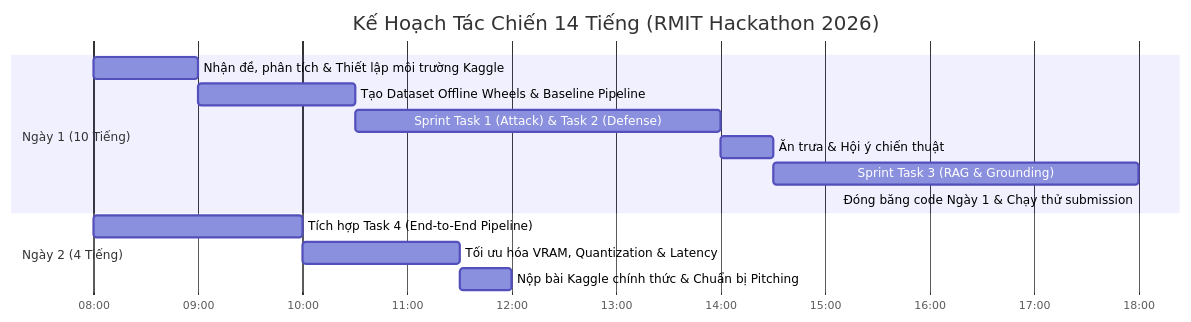
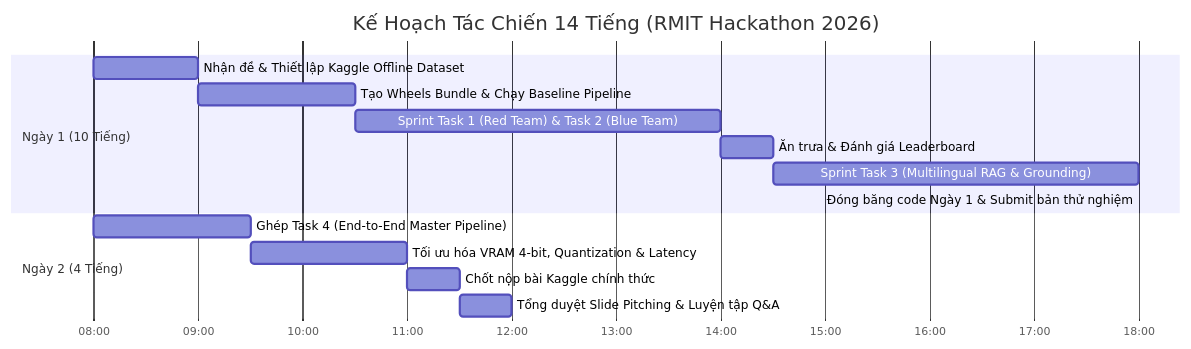
One commit to 161seconds/revision-document changed the third of 3 diagrams in hackathon-rmit-2026/README.md. Above: the diagram before and after it, drawn with Mermaid. The commit also changed other lines of this file and 1 other file, not shown here.

````diff
--- a/hackathon-rmit-2026/README.md
+++ b/hackathon-rmit-2026/README.md
@@ -124,19 +158,20 @@
 ```mermaid
 gantt
     title Kế Hoạch Tác Chiến 14 Tiếng (RMIT Hackathon 2026)
     dateFormat HH:mm
     axisFormat %H:%M
 
     section Ngày 1 (10 Tiếng)
-    Nhận đề, phân tích & Thiết lập môi trường Kaggle :08:00, 1h
-    Tạo Dataset Offline Wheels & Baseline Pipeline :09:00, 1.5h
-    Sprint Task 1 (Attack) & Task 2 (Defense) :10:30, 3.5h
-    Ăn trưa & Hội ý chiến thuật :14:00, 0.5h
-    Sprint Task 3 (RAG & Grounding) :14:30, 3.5h
-    Đóng băng code Ngày 1 & Chạy thử submission :18:00, 0h
+    Nhận đề & Thiết lập Kaggle Offline Dataset :08:00, 1h
+    Tạo Wheels Bundle & Chạy Baseline Pipeline :09:00, 1.5h
+    Sprint Task 1 (Red Team) & Task 2 (Blue Team) :10:30, 3.5h
+    Ăn trưa & Đánh giá Leaderboard :14:00, 0.5h
+    Sprint Task 3 (Multilingual RAG & Grounding) :14:30, 3.5h
+    Đóng băng code Ngày 1 & Submit bản thử nghiệm :18:00, 0h
 
     section Ngày 2 (4 Tiếng)
-    Tích hợp Task 4 (End-to-End Pipeline) :08:00, 2h
-    Tối ưu hóa VRAM, Quantization & Latency :10:00, 1.5h
-    Nộp bài Kaggle chính thức & Chuẩn bị Pitching :11:30, 0.5h
+    Ghép Task 4 (End-to-End Master Pipeline) :08:00, 1.5h
+    Tối ưu hóa VRAM 4-bit, Quantization & Latency :09:30, 1.5h
+    Chốt nộp bài Kaggle chính thức :11:00, 0.5h
+    Tổng duyệt Slide Pitching & Luyện tập Q&A :11:30, 0.5h
 ```
````
